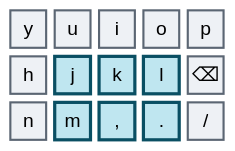
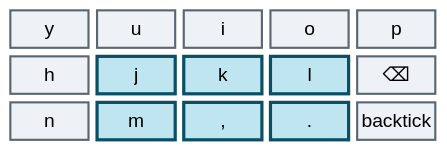
The sixth of 9 diagrams in 32-keys.he.md (abloch/zmk-corne), drawn with Mermaid before and after one commit. The commit also changed other lines of this file and 4 other files, not shown here.

````diff
--- a/32-keys.he.md
+++ b/32-keys.he.md
@@ -131,15 +139,15 @@
 ```mermaid
 %%{init: {'theme':'base','themeVariables':{'primaryColor':'#eef1f5','primaryTextColor':'#0b0f14','primaryBorderColor':'#5b6673','nodeTextColor':'#0b0f14','textColor':'#0b0f14','mainBkg':'#eef1f5','fontSize':'18px'}}}%%
 block
 columns 5
 
   y u i o p
   h j k l bspc["⌫"]
-  n m comma[","] dot["."] slash["/"]
+  n m comma[","] dot["."] grav["backtick"]
 
   classDef punc fill:#bfe6f0,stroke:#0a4f63,stroke-width:3px,color:#04222b
   classDef core fill:#eef1f5,stroke:#5b6673,stroke-width:2px,color:#0b0f14
 
   class j,k,l,m,comma,dot punc
-  class y,u,i,o,p,h,bspc,n,slash core
+  class y,u,i,o,p,h,bspc,n,grav core
 ```
````
